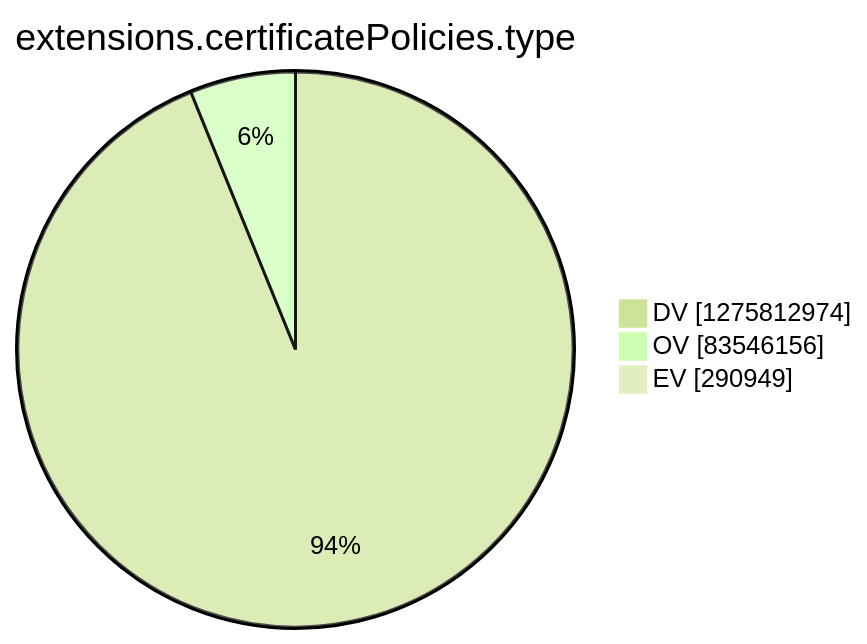
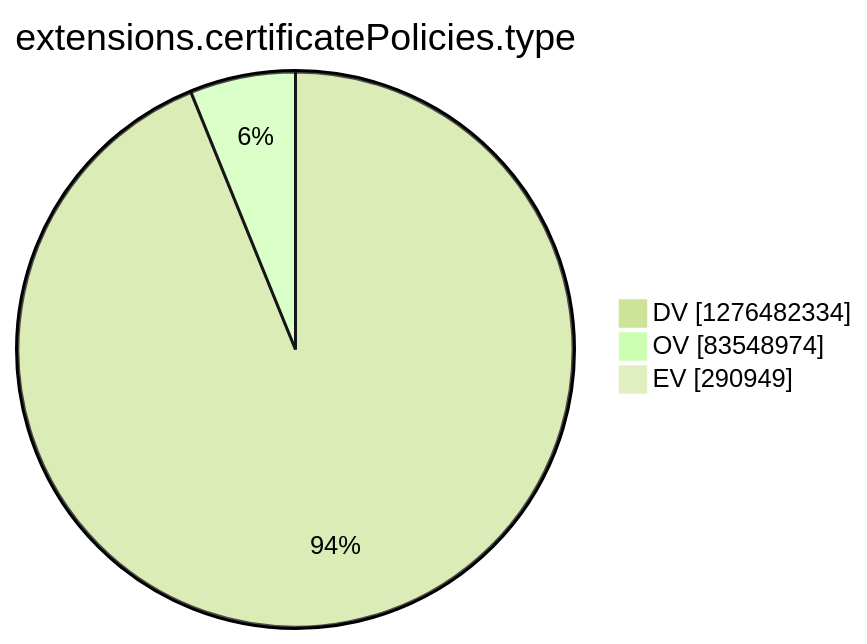
One commit to christiankrug/ctmonitor_visualization changed the tenth of 15 diagrams in argon2022/README.md. Above: the diagram before and after it, drawn with Mermaid (forest theme). The commit also changed other lines of this file, not shown here.

````diff
--- a/argon2022/README.md
+++ b/argon2022/README.md
@@ -2771,7 +2771,7 @@
 ```mermaid
 pie showData
 title extensions.certificatePolicies.type
-"DV" :1275812974
-"OV" :83546156
+"DV" :1276482334
+"OV" :83548974
 "EV" :290949
 ```
````
